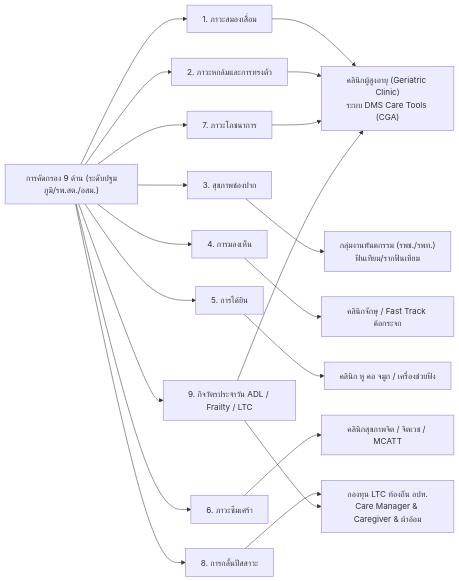
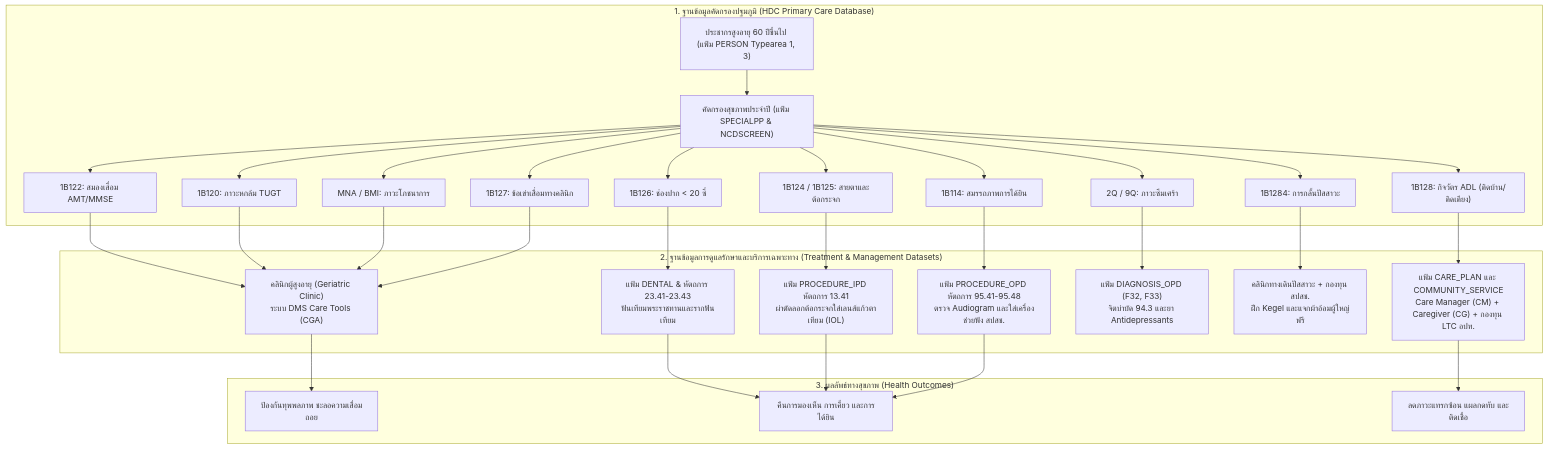
Before and after one commit to ClangxCL/Work-Work: the diagram in DMS Care elderly-population-hdc-screening-report-2566-2569.md, drawn with Mermaid. The commit also changed other lines of this file, not shown here.

Commit message:
Add HDC 43-folder coding dictionary and treated elderly statistics (2566-2569)

````diff
--- a/DMS Care elderly-population-hdc-screening-report-2566-2569.md
+++ b/DMS Care elderly-population-hdc-screening-report-2566-2569.md
@@ -67,21 +126,33 @@
 ```mermaid
-flowchart LR
-    Screening["การคัดกรอง 9 ด้าน (ระดับปฐมภูมิ/รพ.สต./อสม.)"]
-    
-    Screening --> D1["1. ภาวะสมองเสื่อม"]
-    Screening --> D2["2. ภาวะหกล้มและการทรงตัว"]
-    Screening --> D3["3. สุขภาพช่องปาก"]
-    Screening --> D4["4. การมองเห็น"]
-    Screening --> D5["5. การได้ยิน"]
-    Screening --> D6["6. ภาวะซึมเศร้า"]
-    Screening --> D7["7. ภาวะโภชนาการ"]
-    Screening --> D8["8. การกลั้นปัสสาวะ"]
-    Screening --> D9["9. กิจวัตรประจำวัน ADL / Frailty / LTC"]
-    
-    D1 & D2 & D7 & D9 --> GC["คลินิกผู้สูงอายุ (Geriatric Clinic)<br/>ระบบ DMS Care Tools (CGA)"]
-    D3 --> Dental["กลุ่มงานทันตกรรม (รพช./รพท.)<br/>ฟันเทียม/รากฟันเทียม"]
-    D4 --> Eye["คลินิกจักษุ / Fast Track ต้อกระจก"]
-    D5 --> ENT["คลินิก หู คอ จมูก / เครื่องช่วยฟัง"]
-    D6 --> Psych["คลินิกสุขภาพจิต / จิตเวช / MCATT"]
-    D8 & D9 --> LTC["กองทุน LTC ท้องถิ่น อปท.<br/>Care Manager & Caregiver & ผ้าอ้อม"]
+flowchart TD
+    subgraph Community["1. ฐานข้อมูลคัดกรองปฐมภูมิ (HDC Primary Care Database)"]
+        Pop["ประชากรสูงอายุ 60 ปีขึ้นไป (แฟ้ม PERSON Typearea 1, 3)"]
+        Pop --> Scr["คัดกรองสุขภาพประจำปี (แฟ้ม SPECIALPP & NCDSCREEN)"]
+        Scr --> S1["1B122: สมองเสื่อม AMT/MMSE"]
+        Scr --> S2["1B120: ภาวะหกล้ม TUGT"]
+        Scr --> S3["1B126: ช่องปาก < 20 ซี่"]
+        Scr --> S4["1B124 / 1B125: สายตาและต้อกระจก"]
+        Scr --> S5["1B114: สมรรถภาพการได้ยิน"]
+        Scr --> S6["2Q / 9Q: ภาวะซึมเศร้า"]
+        Scr --> S7["MNA / BMI: ภาวะโภชนาการ"]
+        Scr --> S8["1B1284: การกลั้นปัสสาวะ"]
+        Scr --> S9["1B128: กิจวัตร ADL (ติดบ้าน/ติดเตียง)"]
+        Scr --> S10["1B127: ข้อเข่าเสื่อมทางคลินิก"]
+    end
+
+    subgraph Treatment["2. ฐานข้อมูลการดูแลรักษาและบริการเฉพาะทาง (Treatment & Management Datasets)"]
+        S1 & S2 & S7 & S10 --> DMS["คลินิกผู้สูงอายุ (Geriatric Clinic)<br/>ระบบ DMS Care Tools (CGA)"]
+        S3 --> Dental["แฟ้ม DENTAL & หัตถการ 23.41-23.43<br/>ฟันเทียมพระราชทานและรากฟันเทียม"]
+        S4 --> Eye["แฟ้ม PROCEDURE_IPD หัตถการ 13.41<br/>ผ่าตัดลอกต้อกระจกใส่เลนส์แก้วตาเทียม (IOL)"]
+        S5 --> ENT["แฟ้ม PROCEDURE_OPD หัตถการ 95.41-95.48<br/>ตรวจ Audiogram และใส่เครื่องช่วยฟัง สปสช."]
+        S6 --> Psych["แฟ้ม DIAGNOSIS_OPD (F32, F33)<br/>จิตบำบัด 94.3 และยา Antidepressants"]
+        S8 --> Uro["คลินิกทางเดินปัสสาวะ + กองทุน สปสช.<br/>ฝึก Kegel และแจกผ้าอ้อมผู้ใหญ่ฟรี"]
+        S9 --> LTC["แฟ้ม CARE_PLAN และ COMMUNITY_SERVICE<br/>Care Manager (CM) + Caregiver (CG) + กองทุน LTC อปท."]
+    end
+
+    subgraph Outcome["3. ผลลัพธ์ทางสุขภาพ (Health Outcomes)"]
+        DMS --> Out1["ป้องกันทุพพลภาพ ชะลอความเสื่อมถอย"]
+        Dental & Eye & ENT --> Out2["คืนการมองเห็น การเคี้ยว และการได้ยิน"]
+        LTC --> Out3["ลดภาวะแทรกซ้อน แผลกดทับ และติดเชื้อ"]
+    end
 ```
````
